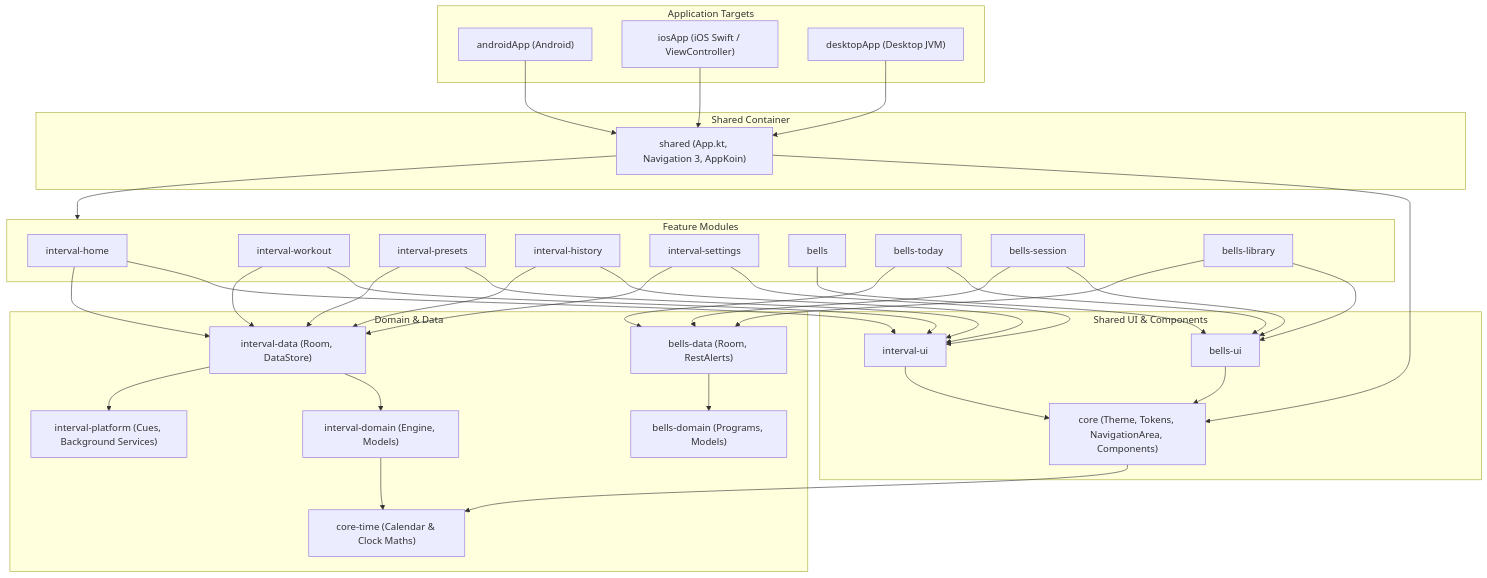
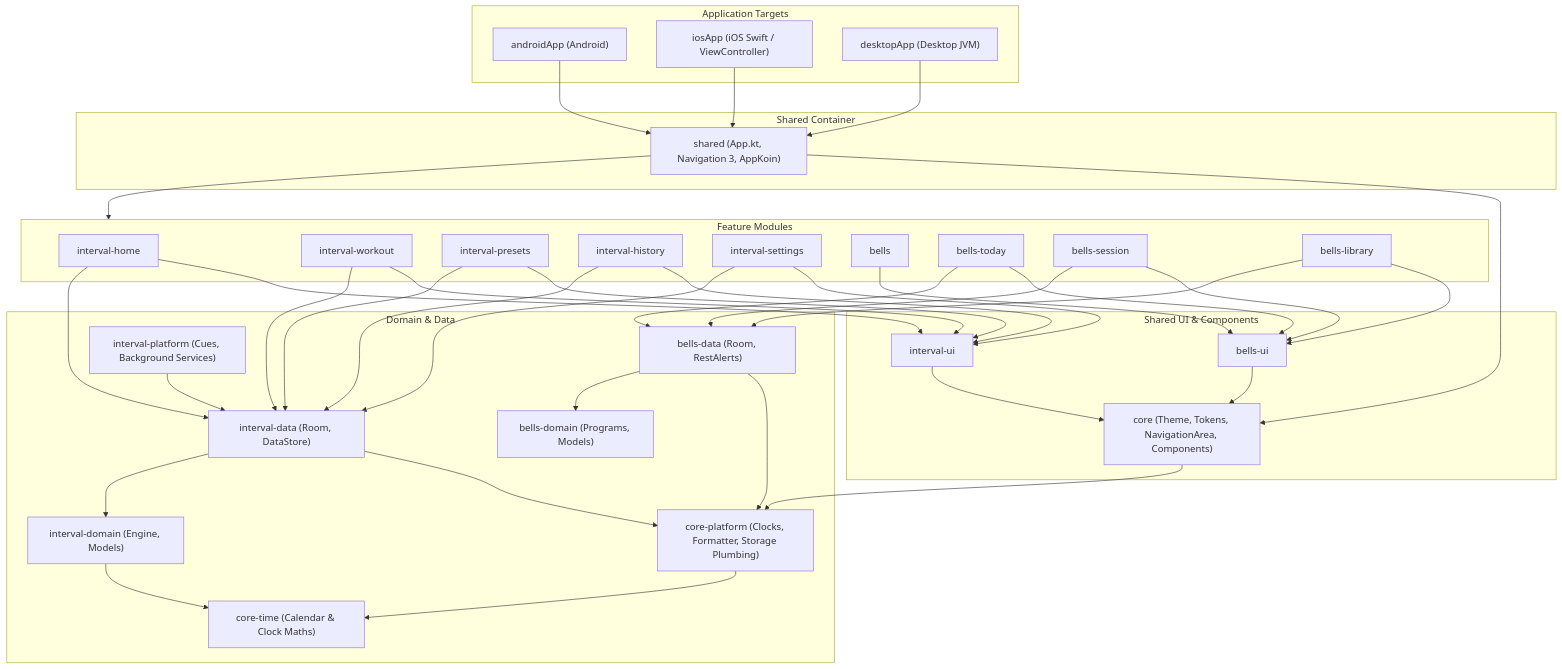
One commit to smithjustinn84-netizen/interval changed the first of 2 diagrams in docs/architecture.md. Above: the diagram before and after it, drawn with Mermaid. The commit also changed other lines of this file and 25 other files, not shown here.

First line of the commit message:
Build: split core-platform out of core so the data modules drop Compose

````diff
--- a/docs/architecture.md
+++ b/docs/architecture.md
@@ -17,76 +17,80 @@
 ```mermaid
 graph TD
     subgraph Applications ["Application Targets"]
         AndroidApp["androidApp (Android)"]
         IOSApp["iosApp (iOS Swift / ViewController)"]
         DesktopApp["desktopApp (Desktop JVM)"]
     end
 
     subgraph Container ["Shared Container"]
         Shared["shared (App.kt, Navigation 3, AppKoin)"]
     end
 
     subgraph Features ["Feature Modules"]
         Timer["interval-home"]
         Workout["interval-workout"]
         Presets["interval-presets"]
         History["interval-history"]
         Settings["interval-settings"]
         LiftEntry["bells"]
         LiftToday["bells-today"]
         LiftSession["bells-session"]
         LiftLib["bells-library"]
     end
 
     subgraph UI ["Shared UI & Components"]
         IntervalUI["interval-ui"]
         BellsUI["bells-ui"]
         Core["core (Theme, Tokens, NavigationArea, Components)"]
     end
 
     subgraph DomainData ["Domain & Data"]
         IntervalData["interval-data (Room, DataStore)"]
         IntervalDomain["interval-domain (Engine, Models)"]
+        CorePlatform["core-platform (Clocks, Formatter, Storage Plumbing)"]
         CoreTime["core-time (Calendar & Clock Maths)"]
         BellsData["bells-data (Room, RestAlerts)"]
         BellsDomain["bells-domain (Programs, Models)"]
         IntervalPlatform["interval-platform (Cues, Background Services)"]
     end
 
     AndroidApp --> Shared
     IOSApp --> Shared
     DesktopApp --> Shared
 
     Shared --> Features
     Shared --> Core
 
     Timer --> IntervalUI
     Workout --> IntervalUI
     Presets --> IntervalUI
     History --> IntervalUI
     Settings --> IntervalUI
 
     LiftEntry --> BellsUI
     LiftToday --> BellsUI
     LiftSession --> BellsUI
     LiftLib --> BellsUI
 
     IntervalUI --> Core
     BellsUI --> Core
-    Core --> CoreTime
+    Core --> CorePlatform
+    CorePlatform --> CoreTime
     IntervalDomain --> CoreTime
+    IntervalData --> CorePlatform
+    BellsData --> CorePlatform
 
     Timer --> IntervalData
     Workout --> IntervalData
     Presets --> IntervalData
     History --> IntervalData
     Settings --> IntervalData
 
     LiftToday --> BellsData
     LiftSession --> BellsData
     LiftLib --> BellsData
 
     IntervalData --> IntervalDomain
     BellsData --> BellsDomain
-    IntervalData --> IntervalPlatform
+    IntervalPlatform --> IntervalData
 ```
````
